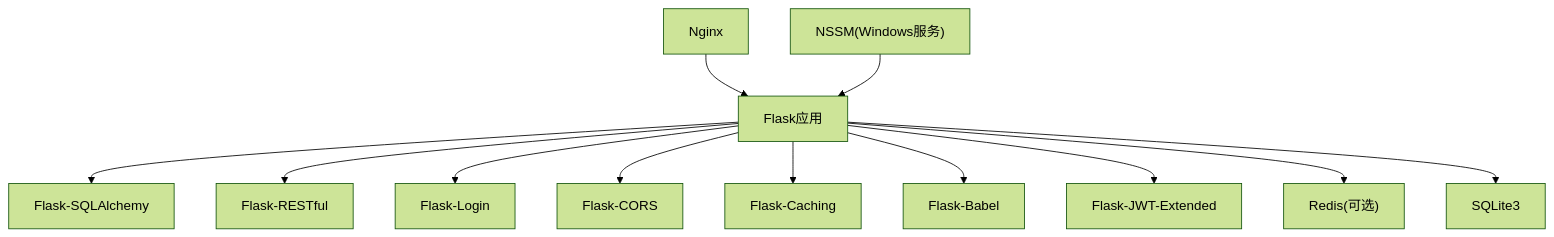
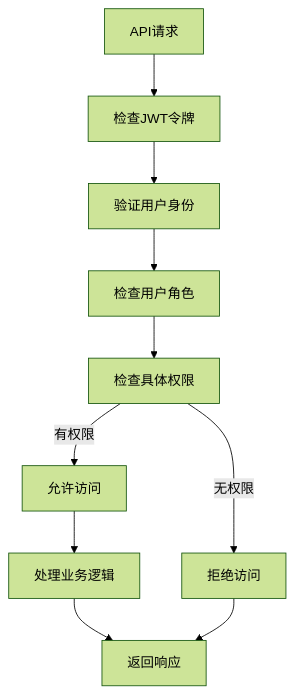
Diagram 14 of 15 in .qoder/repowiki/zh/content/后台管理系统/后台管理系统.md (wyg5208/website_diy), drawn with Mermaid (forest theme) before and after one commit. The commit also changed other lines of this file and 43 other files, not shown here.

````diff
--- a/.qoder/repowiki/zh/content/后台管理系统/后台管理系统.md
+++ b/.qoder/repowiki/zh/content/后台管理系统/后台管理系统.md
@@ -288,26 +522,12 @@
 ```mermaid
-graph TB
-Flask["Flask应用"]
-SQLAlchemy["Flask-SQLAlchemy"]
-RESTful["Flask-RESTful"]
-Login["Flask-Login"]
-CORS["Flask-CORS"]
-Cache["Flask-Caching"]
-Babel["Flask-Babel"]
-JWT["Flask-JWT-Extended"]
-Redis["Redis(可选)"]
-SQLite["SQLite3"]
-Nginx["Nginx"]
-NSSM["NSSM(Windows服务)"]
-Flask --> SQLAlchemy
-Flask --> RESTful
-Flask --> Login
-Flask --> CORS
-Flask --> Cache
-Flask --> Babel
-Flask --> JWT
-Flask --> Redis
-Flask --> SQLite
-Nginx --> Flask
-NSSM --> Flask
+flowchart TD
+Request["API请求"] --> CheckAuth["检查JWT令牌"]
+CheckAuth --> ValidateUser["验证用户身份"]
+ValidateUser --> CheckRole["检查用户角色"]
+CheckRole --> CheckPermission["检查具体权限"]
+CheckPermission --> |有权限| Allow["允许访问"]
+CheckPermission --> |无权限| Deny["拒绝访问"]
+Allow --> Process["处理业务逻辑"]
+Process --> Response["返回响应"]
+Deny --> Response
 ```
````
